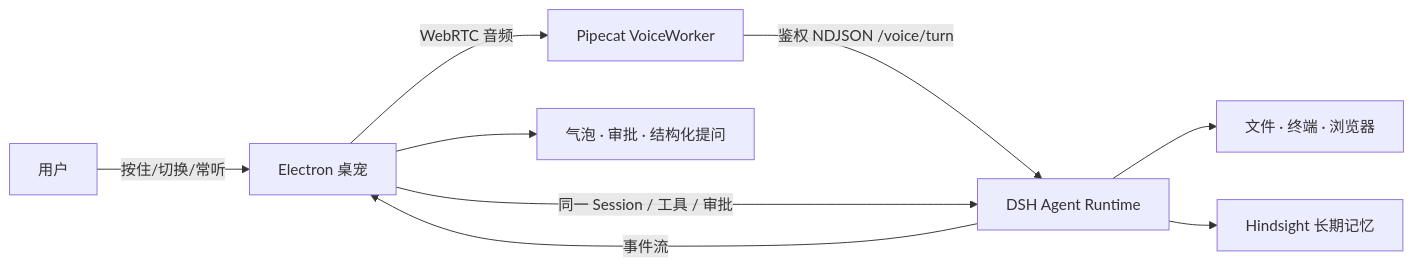
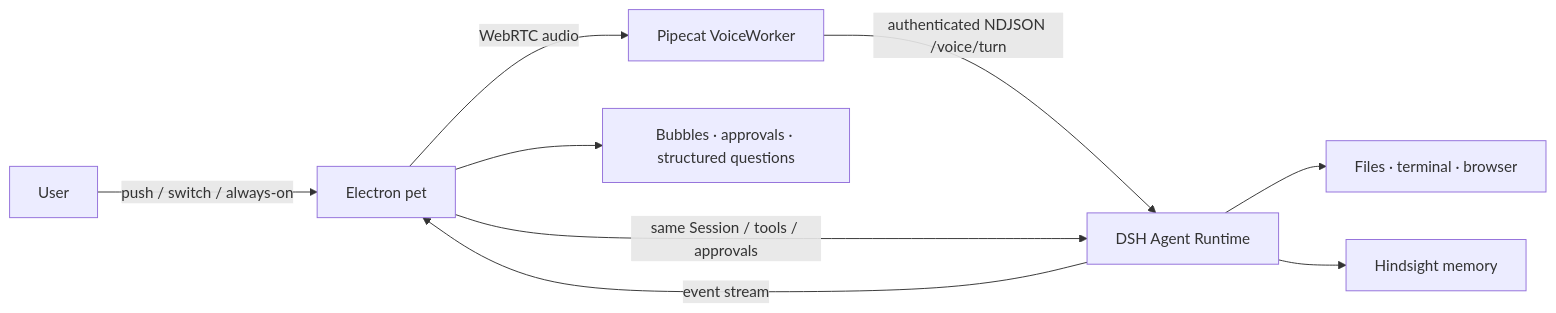
One commit to SisyphusZheng/dsh-bot changed the diagram in README.md. Above: the diagram before and after it, drawn with Mermaid. The commit also changed other lines of this file and 5 other files, not shown here.

````diff
--- a/README.md
+++ b/README.md
@@ -63,11 +28,11 @@
 ```mermaid
 flowchart LR
-  U[用户] -->|按住/切换/常听| P[Electron 桌宠]
-  P -->|WebRTC 音频| V[Pipecat VoiceWorker]
-  V -->|鉴权 NDJSON /voice/turn| D[DSH Agent Runtime]
-  P -->|同一 Session / 工具 / 审批| D
-  D --> T[文件 · 终端 · 浏览器]
-  D --> M[Hindsight 长期记忆]
-  P --> B[气泡 · 审批 · 结构化提问]
-  D -->|事件流| P
+  U[User] -->|push / switch / always-on| P[Electron pet]
+  P -->|WebRTC audio| V[Pipecat VoiceWorker]
+  V -->|authenticated NDJSON /voice/turn| D[DSH Agent Runtime]
+  P -->|same Session / tools / approvals| D
+  D --> T[Files · terminal · browser]
+  D --> M[Hindsight memory]
+  P --> B[Bubbles · approvals · structured questions]
+  D -->|event stream| P
 ```
````
